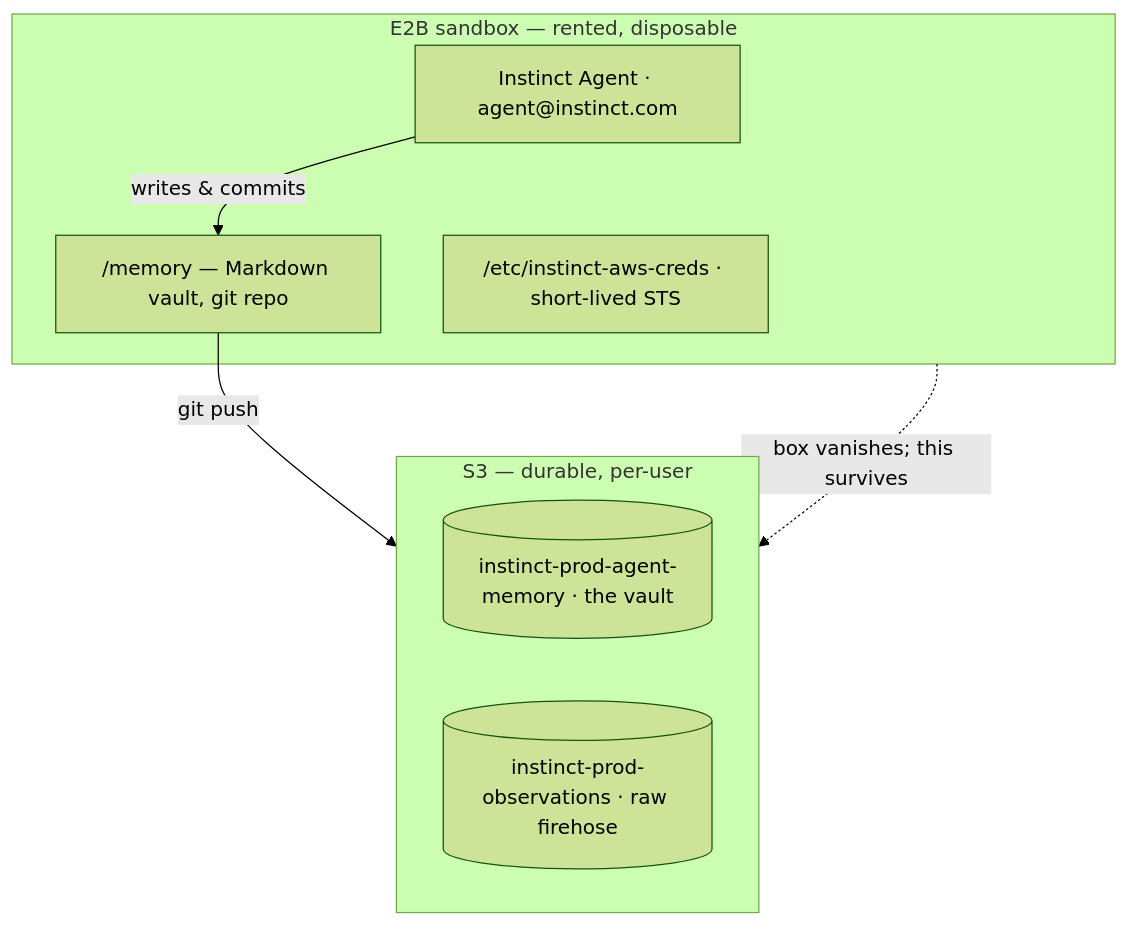
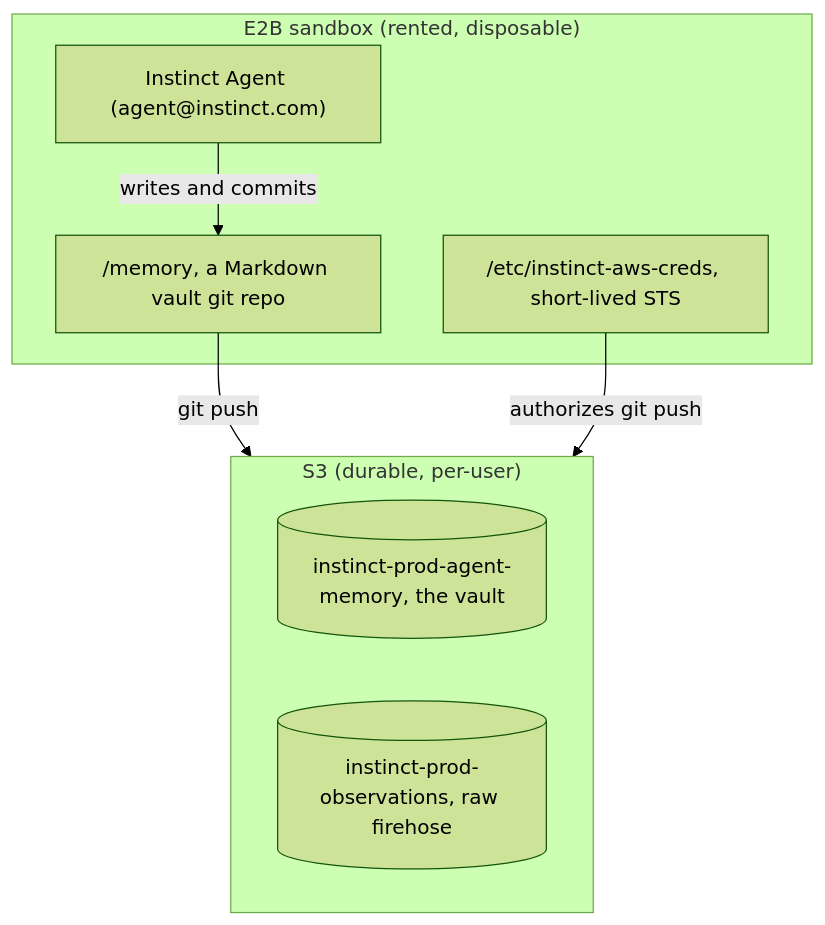
The second of 3 diagrams in posts/platforms.md (RohanAdwankar/RohanAdwankar.github.io), drawn with Mermaid (forest theme) before and after one commit. The commit also changed other lines of this file and 1 other file, not shown here.

First line of the commit message:
Fix platforms post: render tables, clean up diagrams, condense harness section

````diff
--- a/posts/platforms.md
+++ b/posts/platforms.md
@@ -129,13 +129,13 @@
 ```mermaid
 flowchart TB
-  subgraph BOX["E2B sandbox — rented, disposable"]
-    agent["Instinct Agent · agent@instinct.com"] -->|writes & commits| mem["/memory — Markdown vault, git repo"]
-    creds["/etc/instinct-aws-creds · short-lived STS"]
+  subgraph box["E2B sandbox (rented, disposable)"]
+    agent["Instinct Agent (agent@instinct.com)"] -->|writes and commits| mem["/memory, a Markdown vault git repo"]
+    creds["/etc/instinct-aws-creds, short-lived STS"]
   end
   mem -->|git push| store
-  subgraph store["S3 — durable, per-user"]
-    vault[("instinct-prod-agent-memory · the vault")]
-    obs[("instinct-prod-observations · raw firehose")]
+  creds -->|authorizes git push| store
+  subgraph store["S3 (durable, per-user)"]
+    vault[("instinct-prod-agent-memory, the vault")]
+    obs[("instinct-prod-observations, raw firehose")]
   end
-  BOX -.->|"box vanishes; this survives"| store
 ```
````
